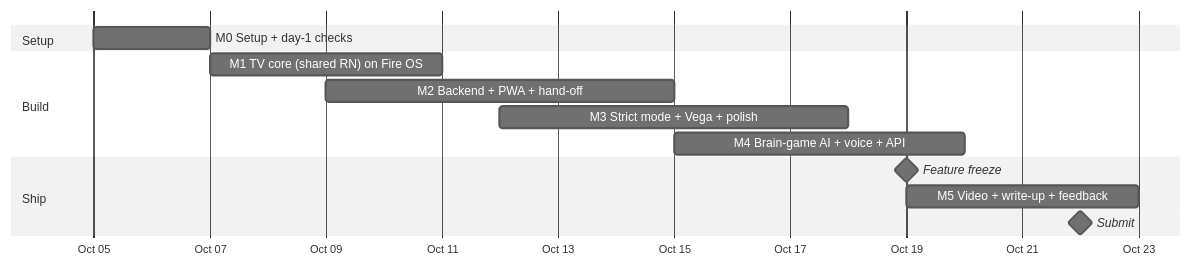
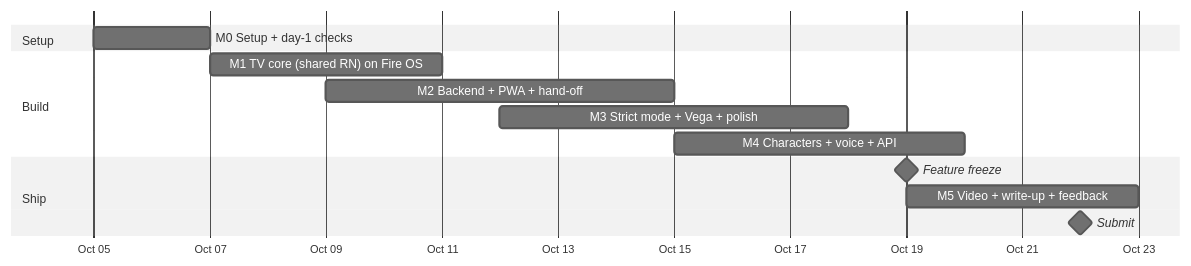
One commit to ksvslk/MarbleTime changed the diagram in docs/04-implementation-plan.md. Above: the diagram before and after it, drawn with Mermaid (neutral theme). The commit also changed other lines of this file and 405 other files, not shown here.

````diff
--- a/docs/04-implementation-plan.md
+++ b/docs/04-implementation-plan.md
@@ -20,16 +22,16 @@
 ```mermaid
 gantt
   dateFormat YYYY-MM-DD
   axisFormat %b %d
   section Setup
   M0 Setup + day-1 checks           :m0, 2026-10-05, 2d
   section Build
   M1 TV core (shared RN) on Fire OS :m1, 2026-10-07, 4d
   M2 Backend + PWA + hand-off       :m2, 2026-10-09, 6d
   M3 Strict mode + Vega + polish    :m3, 2026-10-12, 6d
-  M4 Brain-game AI + voice + API    :m4, 2026-10-15, 5d
+  M4 Characters + voice + API      :m4, 2026-10-15, 5d
   section Ship
   Feature freeze                    :milestone, 2026-10-19, 0d
   M5 Video + write-up + feedback    :m5, 2026-10-19, 4d
   Submit                            :milestone, 2026-10-22, 0d
 ```
````
